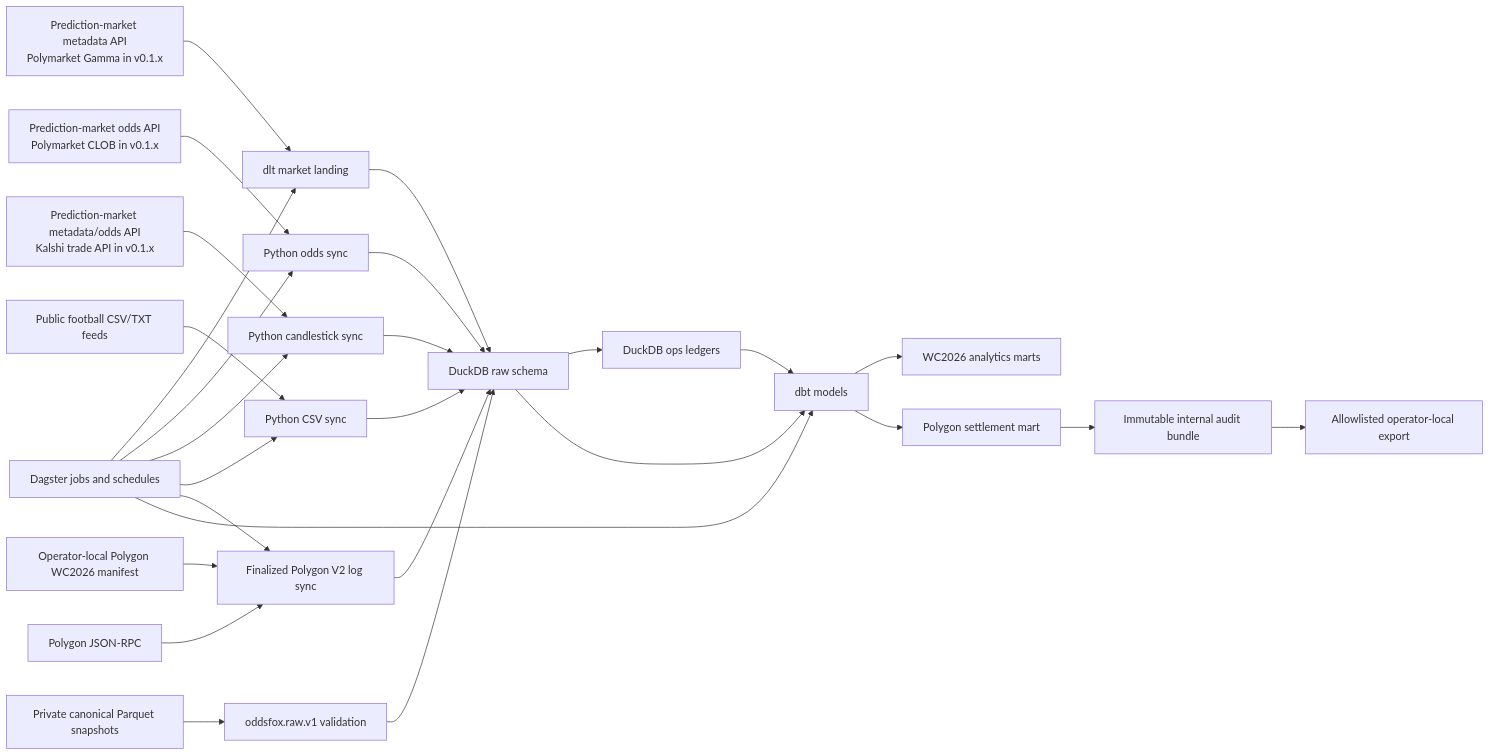
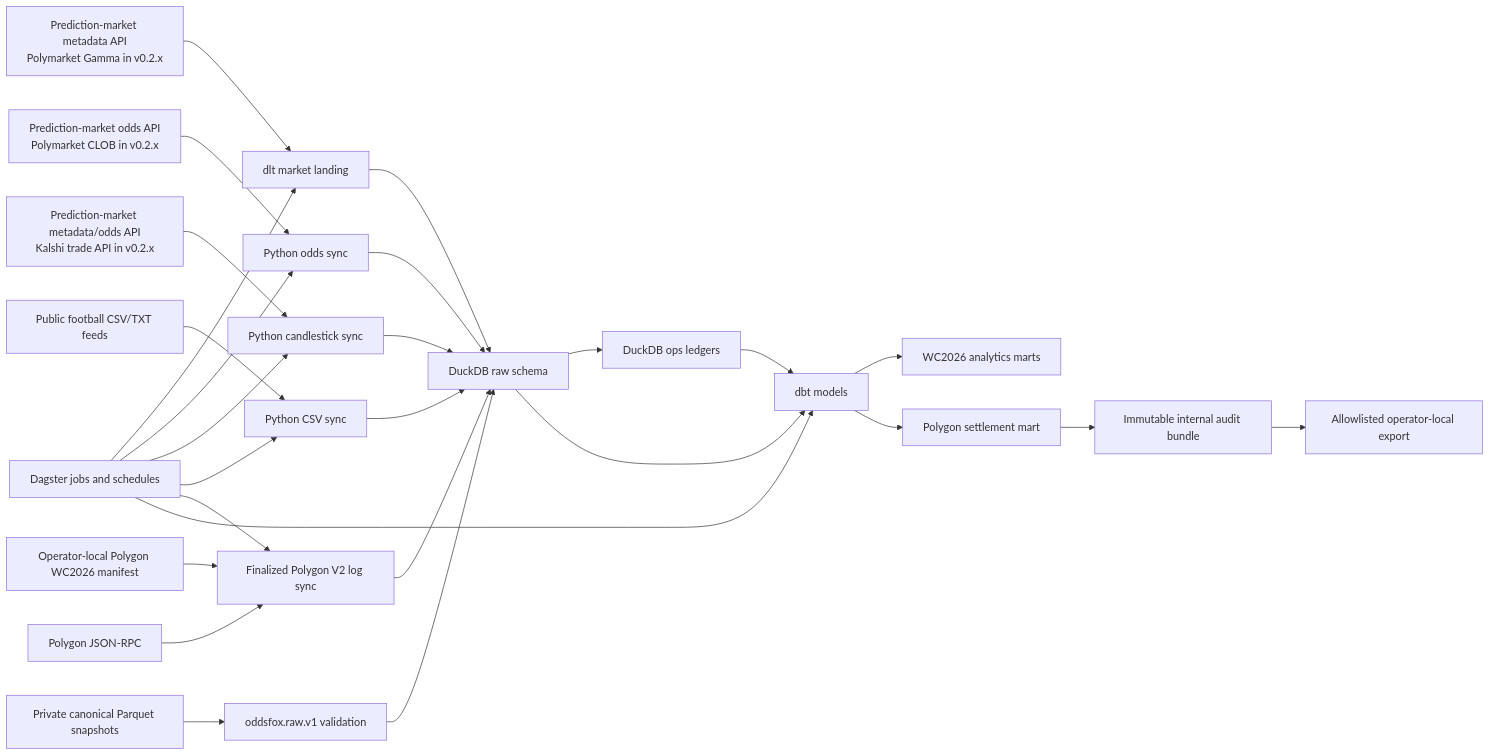
The first of 2 diagrams in docs/concepts/architecture.md (hypertrial/oddsfox-pipeline), drawn with Mermaid before and after one commit. The commit also changed other lines of this file and 14 other files, not shown here.

````diff
--- a/docs/concepts/architecture.md
+++ b/docs/concepts/architecture.md
@@ -27,29 +27,29 @@
 ```mermaid
 flowchart LR
-    gamma["Prediction-market metadata API<br/>Polymarket Gamma in v0.1.x"] --> dlt["dlt market landing"]
-    clob["Prediction-market odds API<br/>Polymarket CLOB in v0.1.x"] --> odds["Python odds sync"]
-    kalshi_api["Prediction-market metadata/odds API<br/>Kalshi trade API in v0.1.x"] --> kalshi_sync["Python candlestick sync"]
+    gamma["Prediction-market metadata API<br/>Polymarket Gamma in v0.2.x"] --> dlt["dlt market landing"]
+    clob["Prediction-market odds API<br/>Polymarket CLOB in v0.2.x"] --> odds["Python odds sync"]
+    kalshi_api["Prediction-market metadata/odds API<br/>Kalshi trade API in v0.2.x"] --> kalshi_sync["Python candlestick sync"]
     results["Public football CSV/TXT feeds"] --> result_sync["Python CSV sync"]
     seed["Operator-local Polygon WC2026 manifest"] --> polygon_sync["Finalized Polygon V2 log sync"]
     polygon_rpc["Polygon JSON-RPC"] --> polygon_sync
     private["Private canonical Parquet snapshots"] --> validate["oddsfox.raw.v1 validation"]
     dlt --> raw["DuckDB raw schema"]
     odds --> raw
     kalshi_sync --> raw
     result_sync --> raw
     polygon_sync --> raw
     validate --> raw
     raw --> ops["DuckDB ops ledgers"]
     raw --> dbt["dbt models"]
     ops --> dbt
     dbt --> marts["WC2026 analytics marts"]
     dbt --> polygon_mart["Polygon settlement mart"]
     polygon_mart --> audit["Immutable internal audit bundle"]
     audit --> export["Allowlisted operator-local export"]
     dagster["Dagster jobs and schedules"] --> dlt
     dagster --> odds
     dagster --> kalshi_sync
     dagster --> result_sync
     dagster --> polygon_sync
     dagster --> dbt
 ```
````
